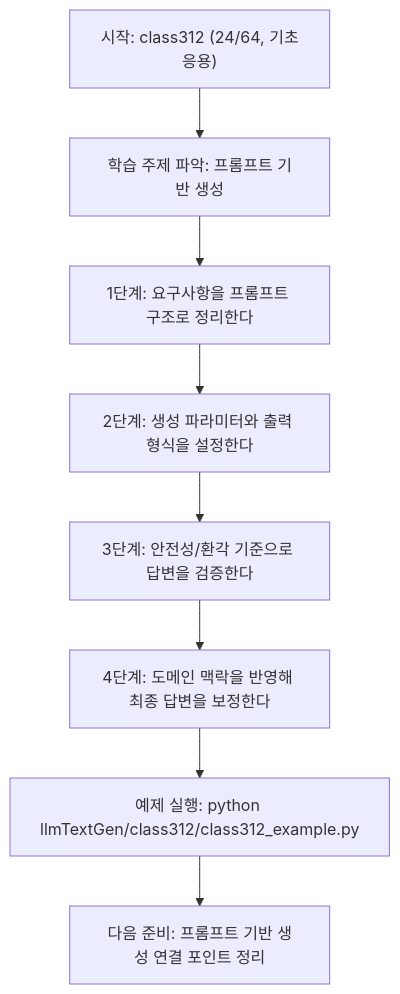
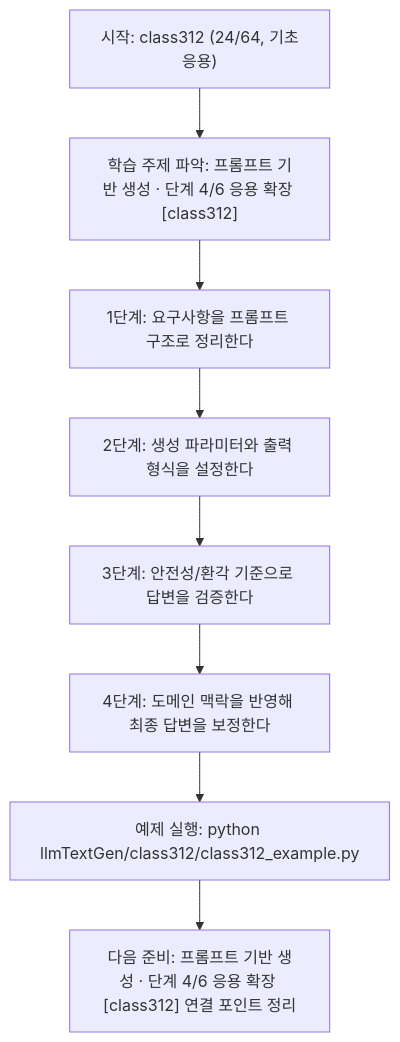
Before and after one commit to edumgt/Python-AI_Agent-Class: the diagram in llmTextGen/class312/class312.md, drawn with Mermaid. The commit also changed other lines of this file and 522 other files, not shown here.

````diff
--- a/llmTextGen/class312/class312.md
+++ b/llmTextGen/class312/class312.md
@@ -113,18 +114,18 @@
 ```mermaid
 flowchart TD
 N1["시작: class312 (24/64, 기초응용)"]
-N2["학습 주제 파악: 프롬프트 기반 생성"]
+N2["학습 주제 파악: 프롬프트 기반 생성 · 단계 4/6 응용 확장 [class312]"]
 N3["1단계: 요구사항을 프롬프트 구조로 정리한다"]
 N4["2단계: 생성 파라미터와 출력 형식을 설정한다"]
 N5["3단계: 안전성/환각 기준으로 답변을 검증한다"]
 N6["4단계: 도메인 맥락을 반영해 최종 답변을 보정한다"]
 N7["예제 실행: python llmTextGen/class312/class312_example.py"]
-N8["다음 준비: 프롬프트 기반 생성 연결 포인트 정리"]
+N8["다음 준비: 프롬프트 기반 생성 · 단계 4/6 응용 확장 [class312] 연결 포인트 정리"]
 N1 --> N2
 N2 --> N3
 N3 --> N4
 N4 --> N5
 N5 --> N6
 N6 --> N7
 N7 --> N8
 ```
````
